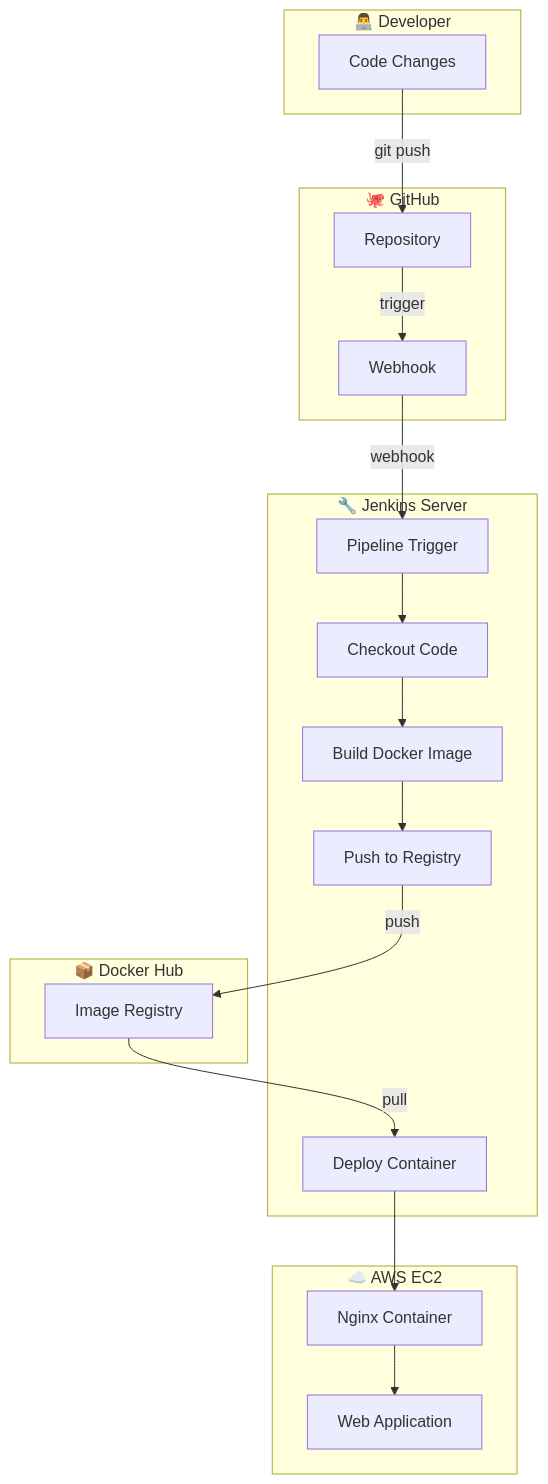
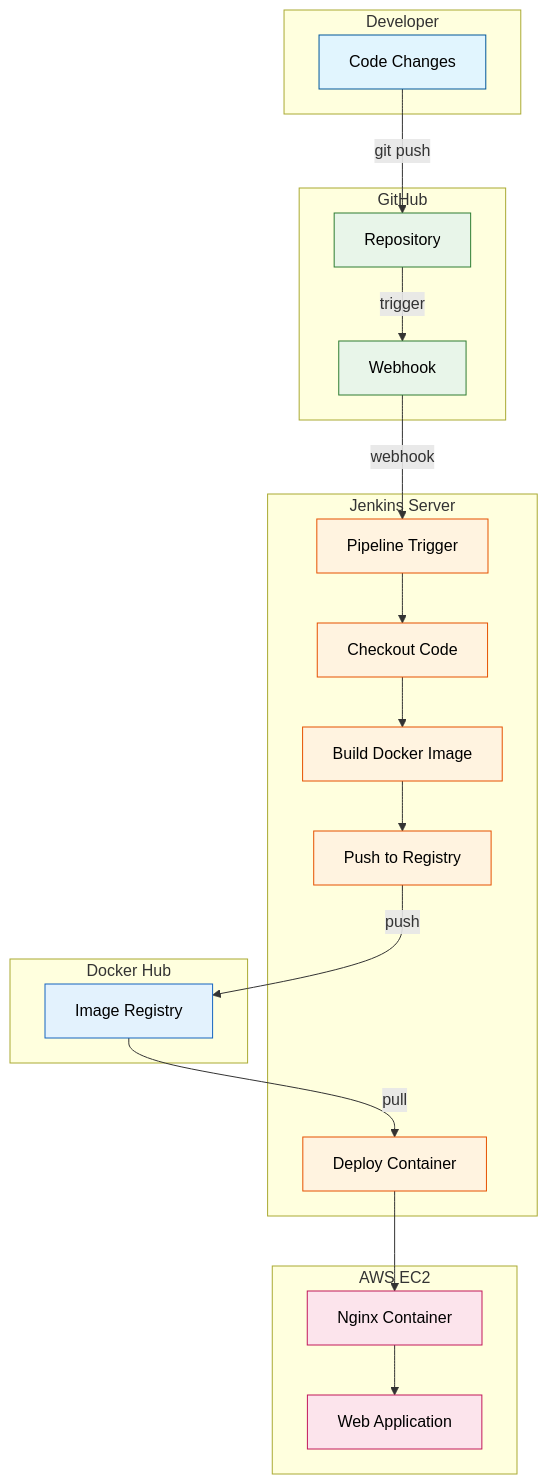
The first of 5 diagrams in README.md (Kasim2908/CI-CD-FIRST), drawn with Mermaid before and after one commit. The commit also changed other lines of this file, not shown here.

````diff
--- a/README.md
+++ b/README.md
@@ -35,39 +35,51 @@
 ```mermaid
 flowchart TB
-    subgraph Developer["👨‍💻 Developer"]
+    subgraph Developer[" Developer "]
         A[Code Changes]
     end
     
-    subgraph GitHub["🐙 GitHub"]
+    subgraph GitHub[" GitHub "]
         B[Repository]
         C[Webhook]
     end
     
-    subgraph Jenkins["🔧 Jenkins Server"]
+    subgraph Jenkins[" Jenkins Server "]
         D[Pipeline Trigger]
         E[Checkout Code]
         F[Build Docker Image]
         G[Push to Registry]
         H[Deploy Container]
     end
     
-    subgraph DockerHub["📦 Docker Hub"]
+    subgraph DockerHub[" Docker Hub "]
         I[Image Registry]
     end
     
-    subgraph AWS["☁️ AWS EC2"]
+    subgraph AWS[" AWS EC2 "]
         J[Nginx Container]
         K[Web Application]
     end
     
     A -->|git push| B
     B -->|trigger| C
     C -->|webhook| D
     D --> E
     E --> F
     F --> G
     G -->|push| I
     I -->|pull| H
     H --> J
     J --> K
+
+    style A fill:#e1f5fe,stroke:#01579b,color:#000000
+    style B fill:#e8f5e9,stroke:#2e7d32,color:#000000
+    style C fill:#e8f5e9,stroke:#2e7d32,color:#000000
+    style D fill:#fff3e0,stroke:#e65100,color:#000000
+    style E fill:#fff3e0,stroke:#e65100,color:#000000
+    style F fill:#fff3e0,stroke:#e65100,color:#000000
+    style G fill:#fff3e0,stroke:#e65100,color:#000000
+    style H fill:#fff3e0,stroke:#e65100,color:#000000
+    style I fill:#e3f2fd,stroke:#1565c0,color:#000000
+    style J fill:#fce4ec,stroke:#c2185b,color:#000000
+    style K fill:#fce4ec,stroke:#c2185b,color:#000000
 ```
````
